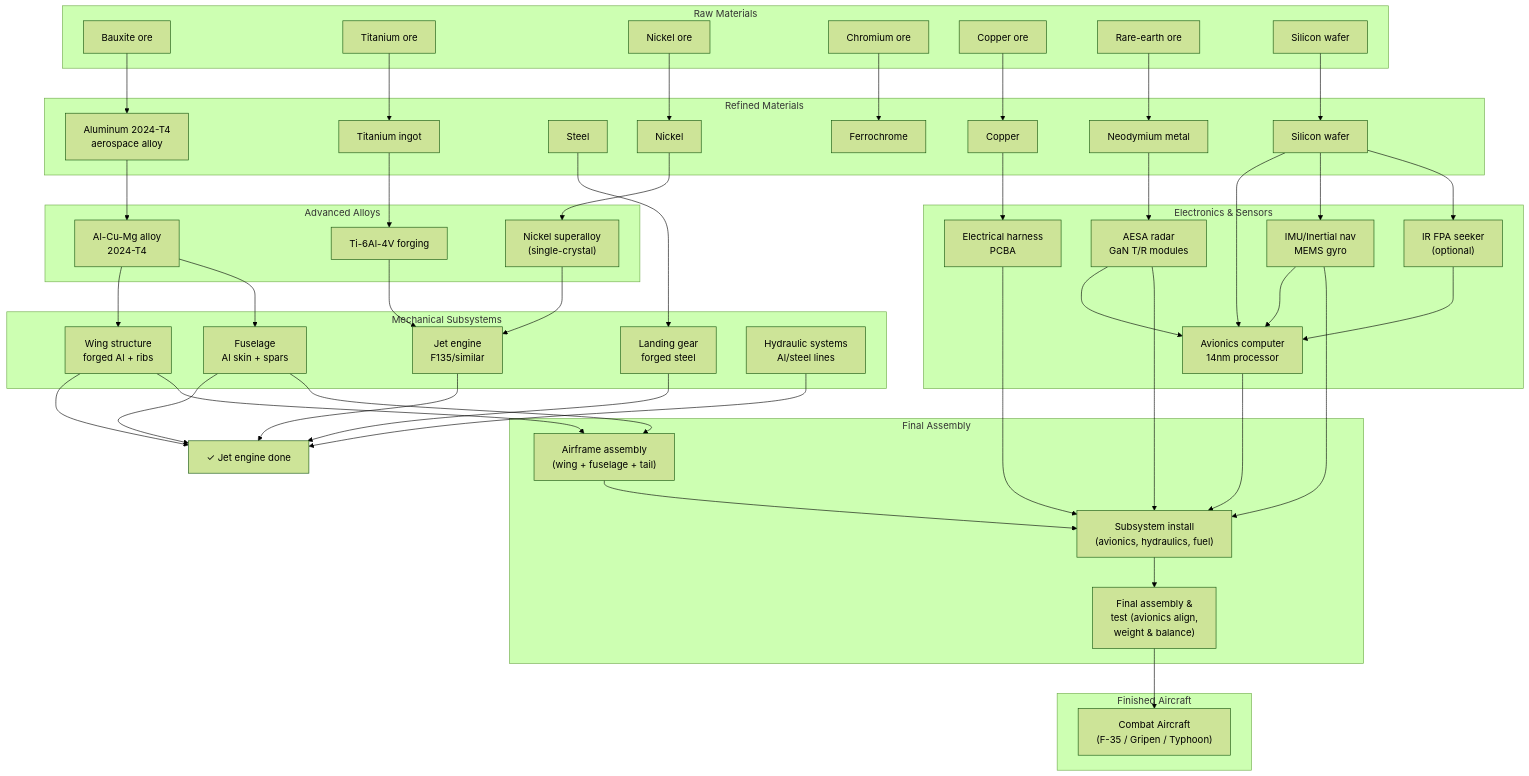
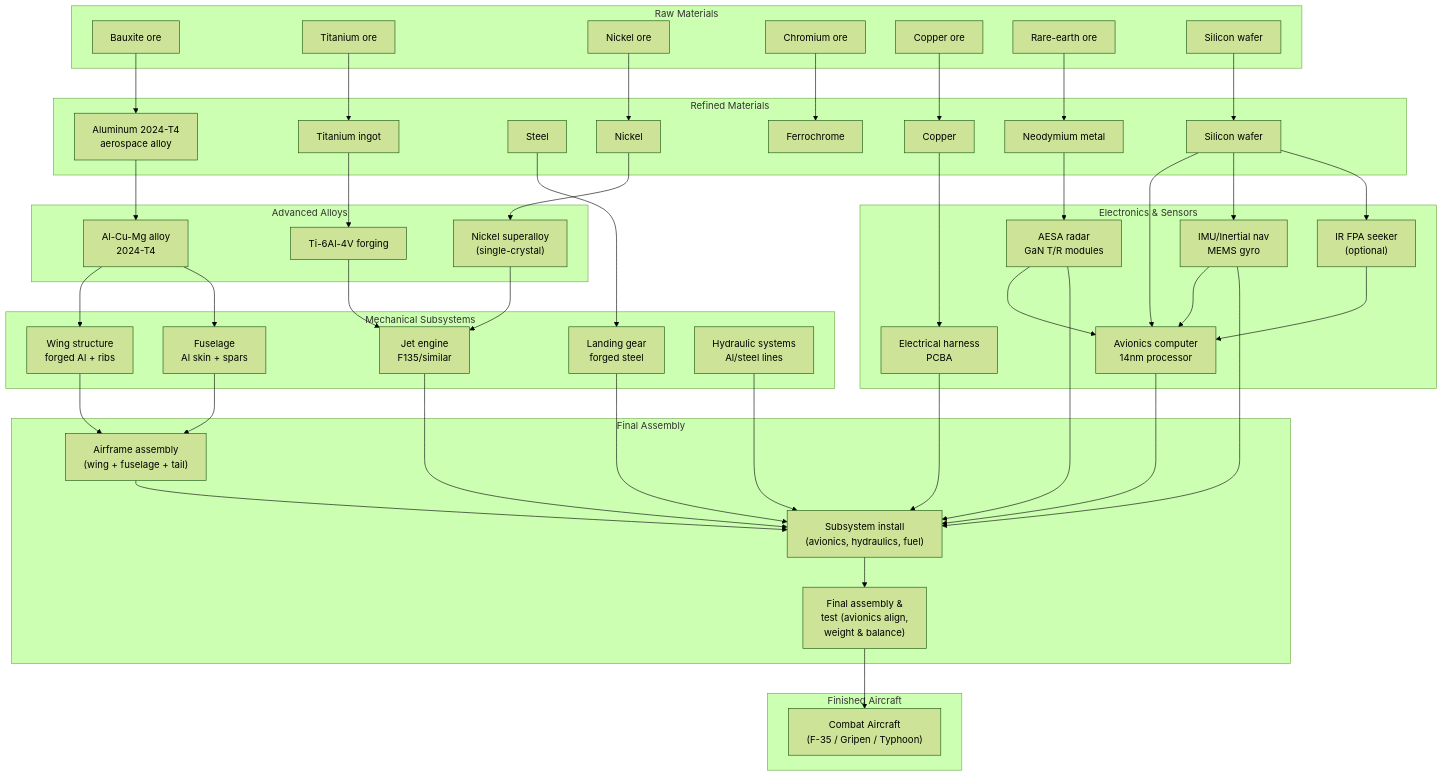
The second of 5 diagrams in topdown/docs/reference-electronics-and-chains.md (rheava-26/total-mobilization), drawn with Mermaid (forest theme) before and after one commit. The commit also changed other lines of this file, not shown here.

First line of the commit message:
topdown: fix Mermaid syntax in chain diagrams so all five render (subgraph/node id collision, self-loops, stray pseudo-node)

```diff
--- a/topdown/docs/reference-electronics-and-chains.md
+++ b/topdown/docs/reference-electronics-and-chains.md
@@ -801,12 +801,10 @@
     IMU --> AVIONICS
     FPA --> AVIONICS
 
-    %% Mechanical subsystems use components & materials
-    ENGINE --> MECHANICAL["✓ Jet engine done"]
-    WING --> MECHANICAL
-    FUSE --> MECHANICAL
-    GEAR --> MECHANICAL
-    HYD --> MECHANICAL
+    %% Mechanical subsystems feed final subsystem install
+    ENGINE --> INSTALL
+    GEAR --> INSTALL
+    HYD --> INSTALL
 
     %% Assembly chain
     WING --> AIRFRAME
```
